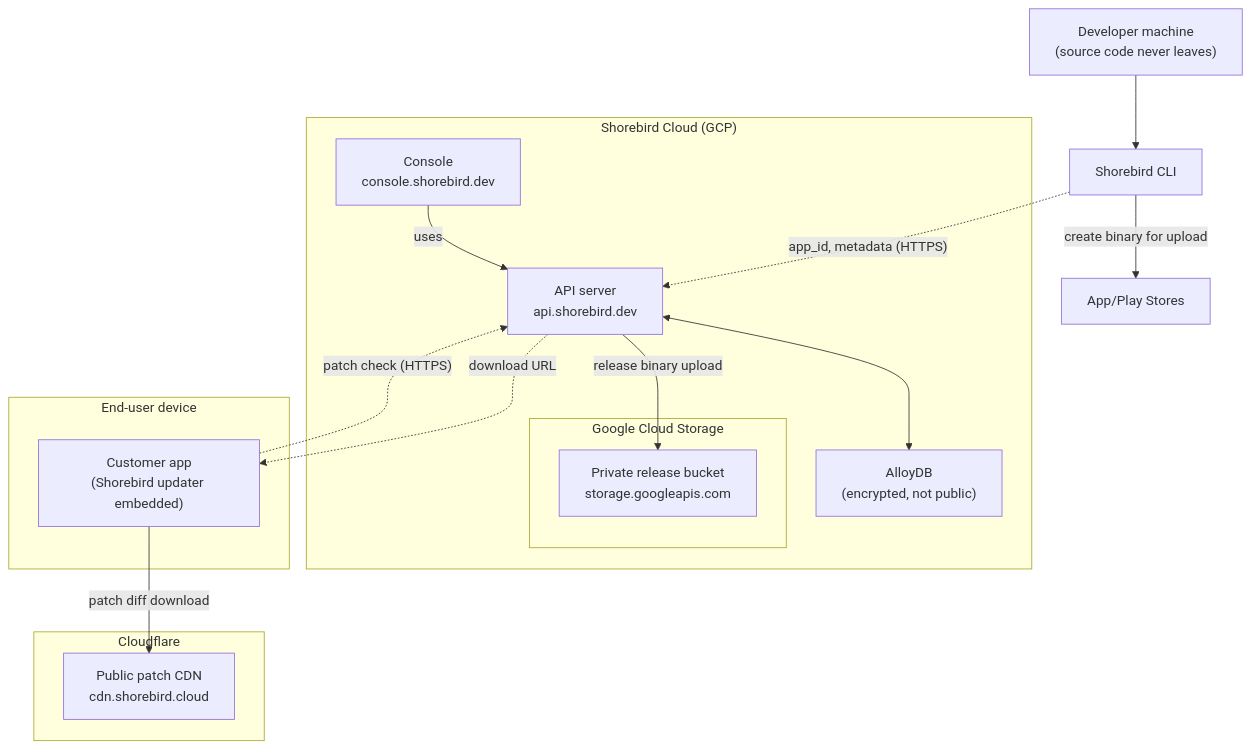
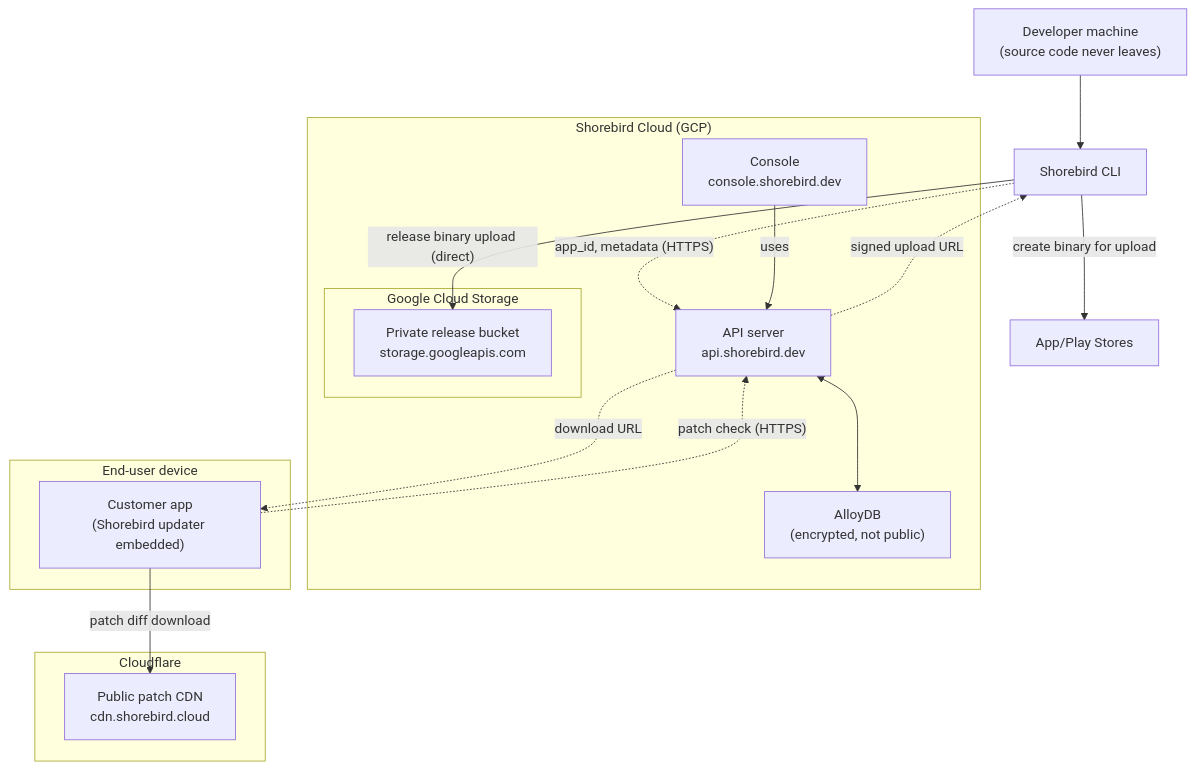
The diagram in src/content/docs/code-push/system-architecture.mdx (shorebirdtech/docs), drawn with Mermaid before and after one commit.

Commit message:
fix comments from Brandon

````diff
--- a/src/content/docs/code-push/system-architecture.mdx
+++ b/src/content/docs/code-push/system-architecture.mdx
@@ -18,38 +18,35 @@
 ```mermaid
 flowchart TD
    DEV["Developer machine\n(source code never leaves)"]
    CLI["Shorebird CLI"]
    APPSTORES["App/Play Stores"]
 
    DEV --> CLI
 
-
    subgraph CLOUD ["Shorebird Cloud (GCP)"]
        API["API server\napi.shorebird.dev"]
        CONSOLE["Console\nconsole.shorebird.dev"]
        DB["AlloyDB\n(encrypted, not public)"]
        API <--> DB
-
        subgraph GCS ["Google Cloud Storage"]
            PRIV["Private release bucket\nstorage.googleapis.com"]
        end
    end
 
    subgraph CF ["Cloudflare"]
        CDN["Public patch CDN\ncdn.shorebird.cloud"]
    end
 
    subgraph DEVICE ["End-user device"]
        APP["Customer app\n(Shorebird updater embedded)"]
    end
 
    CLI -. "app_id, metadata (HTTPS)" .-> API
-   API -- "release binary upload" --> PRIV
+   API -. "signed upload URL" .-> CLI
+   CLI -- "release binary upload (direct)" --> PRIV
    CONSOLE -- "uses" --> API
-
    CLI -- "create binary for upload" --> APPSTORES
-
    APP -. "patch check (HTTPS)" .-> API
    API -. "download URL" .-> APP
    APP -- "patch diff download" --> CDN
 ```
````
